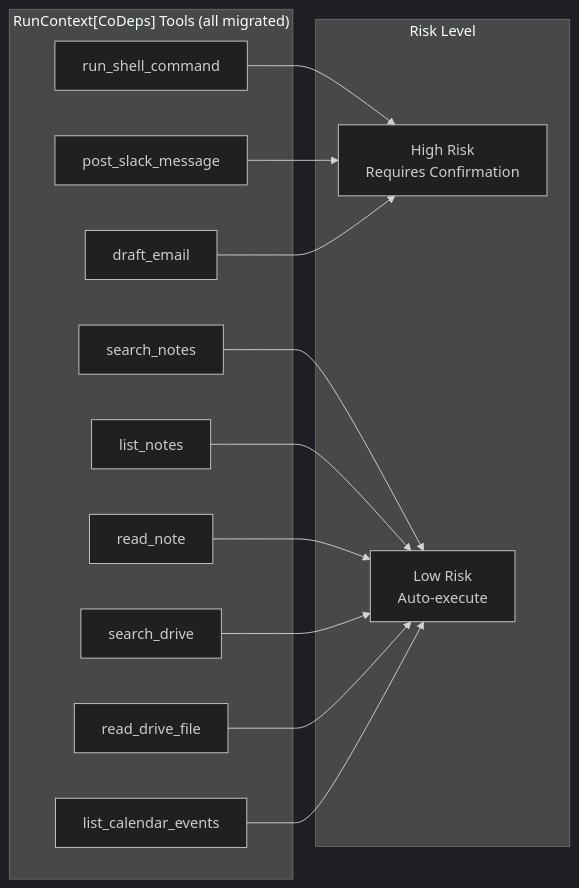
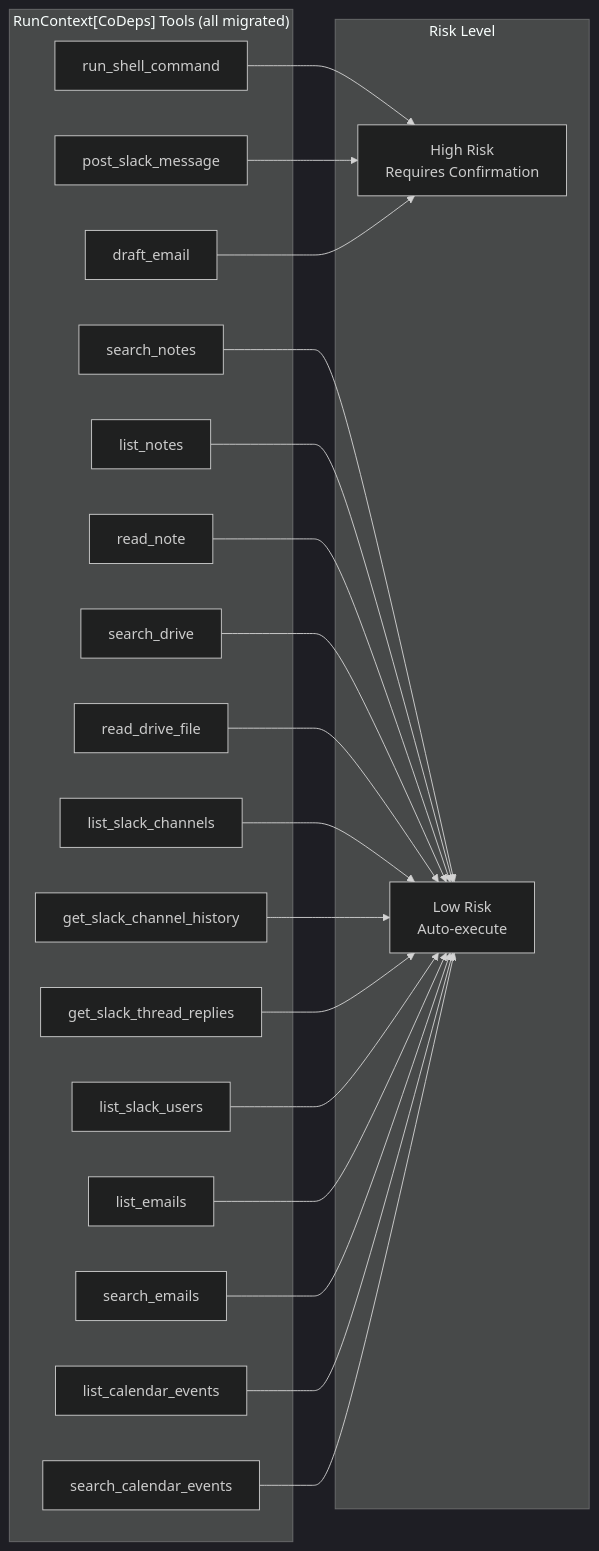
One commit to binlecode/co-cli changed the tenth of 15 diagrams in docs/DESIGN-co-cli.md. Above: the diagram before and after it, drawn with Mermaid (dark theme). The commit also changed other lines of this file and 8 other files, not shown here.

````diff
--- a/docs/DESIGN-co-cli.md
+++ b/docs/DESIGN-co-cli.md
@@ -653,30 +653,44 @@
 ```mermaid
 graph LR
     subgraph "RunContext[CoDeps] Tools (all migrated)"
         A[run_shell_command]
         B[search_notes]
         C[list_notes]
         D[read_note]
         E[search_drive]
         F[read_drive_file]
         G[post_slack_message]
+        G2[list_slack_channels]
+        G3[get_slack_channel_history]
+        G4[get_slack_thread_replies]
+        G5[list_slack_users]
         H[draft_email]
+        H2[list_emails]
+        H3[search_emails]
         I[list_calendar_events]
+        I2[search_calendar_events]
     end
 
     subgraph Risk Level
         HR[High Risk<br/>Requires Confirmation]
         LR[Low Risk<br/>Auto-execute]
     end
 
     A --> HR
     G --> HR
     H --> HR
 
     B --> LR
     C --> LR
     D --> LR
     E --> LR
     F --> LR
+    G2 --> LR
+    G3 --> LR
+    G4 --> LR
+    G5 --> LR
+    H2 --> LR
+    H3 --> LR
     I --> LR
+    I2 --> LR
 ```
````
